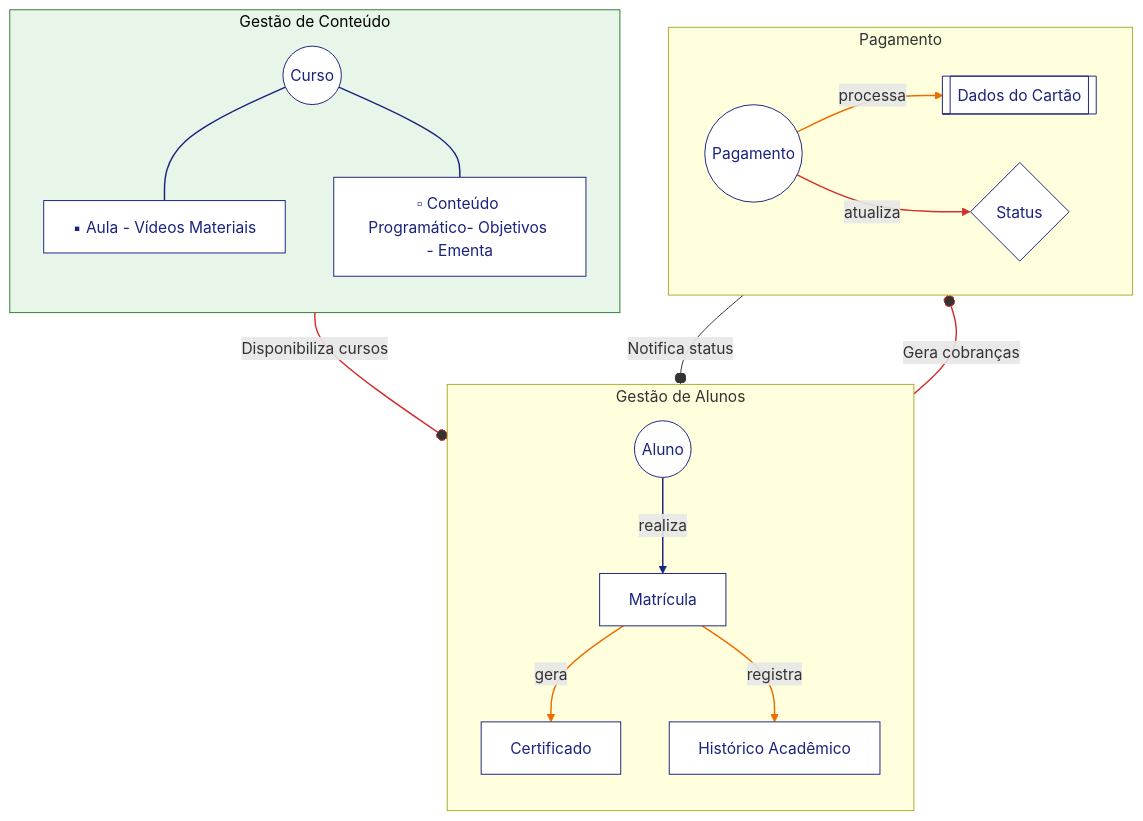
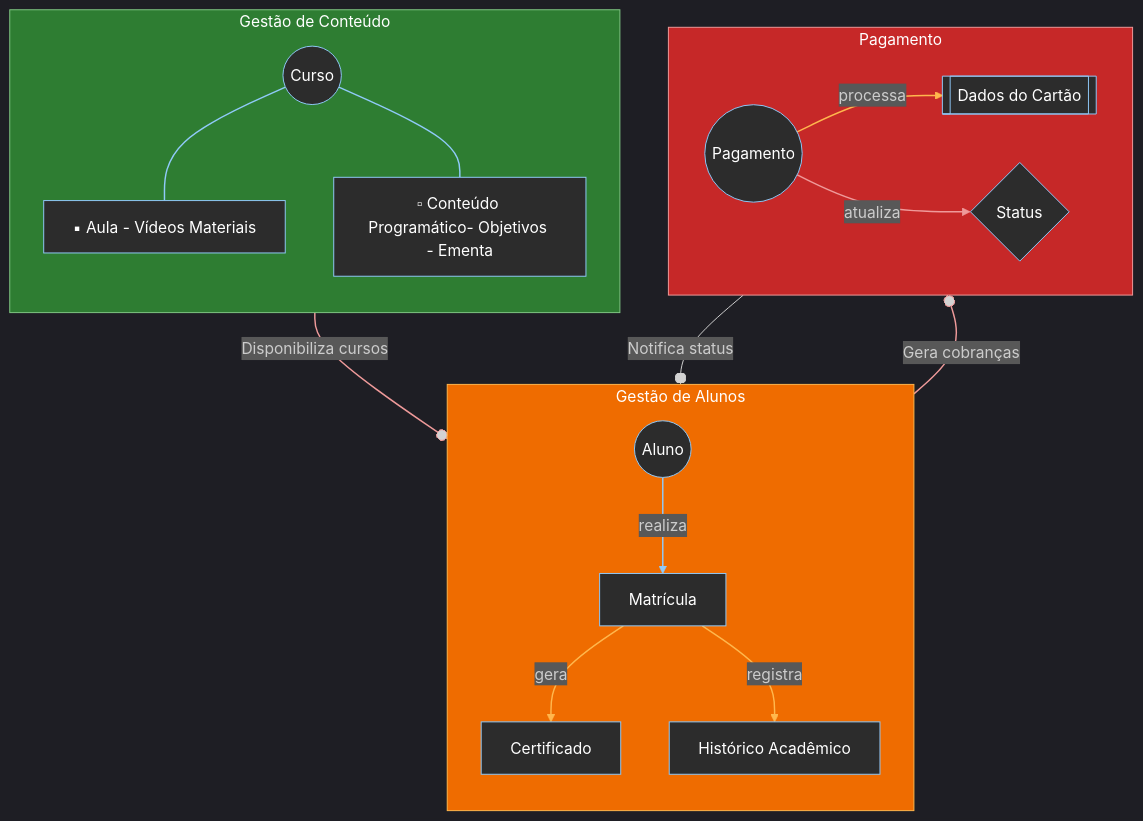
Before and after one commit to jasonamaral/mba.modulo3: the diagram in README.MD, drawn with Mermaid.

````diff
--- a/README.MD
+++ b/README.MD
@@ -41,52 +41,54 @@
 ```mermaid
+%%{init: {'theme': 'dark'}}%%
 graph TD
     %% Configurações globais
-    classDef title fill:#1a237e,color:black,stroke:none,font-size:20px
-    classDef bc fill:#f5f5f5,stroke:#333,stroke-width:1.5px,color:#1a237e
-    classDef entity fill:#ffffff,stroke:#1a237e,stroke-width:1px,color:#1a237e
-    classDef relationship fill:#fafafa,stroke:#666,stroke-dasharray:5
+    classDef title fill:#1a237e,color:#ffffff,stroke:none,font-size:20px
+    classDef bc fill:#1e1e1e,stroke:#aaa,stroke-width:1.5px,color:#90caf9
+    classDef entity fill:#2c2c2c,stroke:#90caf9,stroke-width:1px,color:#ffffff
+    classDef relationship fill:#333,stroke:#888,stroke-dasharray:5
 
     %% Bounded Contexts
     subgraph BC1["Gestão de Conteúdo"]
         direction TB
-		style BC1 fill:#e8f5e9,stroke:#2e7d32,color:black
+        style BC1 fill:#2e7d32,stroke:#81c784,color:#ffffff
         C1(("Curso")):::entity
         A1["▪ Aula - Vídeos Materiais"]:::entity
         CP["▫ Conteúdo Programático- Objetivos - Ementa"]:::entity
         C1 --- A1
         C1 --- CP
     end
 
     subgraph BC2["Gestão de Alunos"]
         direction TB
-        style BC1 fill:#e8f5e9,stroke:#2e7d32,color:black
+        style BC2 fill:#ef6c00,stroke:#ffb74d,color:#ffffff
         AL(("Aluno")):::entity
         MT[Matrícula]:::entity
         CT[Certificado]:::entity
         HA[Histórico Acadêmico]:::entity
         AL -->|realiza| MT
         MT -->|gera| CT
         MT -->|registra| HA
     end
 
     subgraph BC3["Pagamento"]
         direction LR
-        style BC1 fill:#e8f5e9,stroke:#2e7d32,color:black
+        style BC3 fill:#c62828,stroke:#ef9a9a,color:#ffffff
         PG(("Pagamento")):::entity
         DC[[Dados do Cartão]]:::entity
         SP{Status}:::entity
         PG -->|processa| DC
         PG -->|atualiza| SP
     end
 
     %% Relacionamentos entre BCs
     BC1 --o|"Disponibiliza cursos"| BC2
     BC2 --o|"Gera cobranças"| BC3
     BC3 --o|"Notifica status"| BC2
 
     %% Elementos auxiliares
     class T title
-    linkStyle 0,1,2 stroke:#1a237e,stroke-width:1.5px
-    linkStyle 3,4,5 stroke:#ef6c00,stroke-width:1.5px
-    linkStyle 6,7,8 stroke:#d32f2f,stroke-width:1.5px
+    linkStyle 0,1,2 stroke:#90caf9,stroke-width:1.5px
+    linkStyle 3,4,5 stroke:#ffb74d,stroke-width:1.5px
+    linkStyle 6,7,8 stroke:#ef9a9a,stroke-width:1.5px
+
 ```
````
